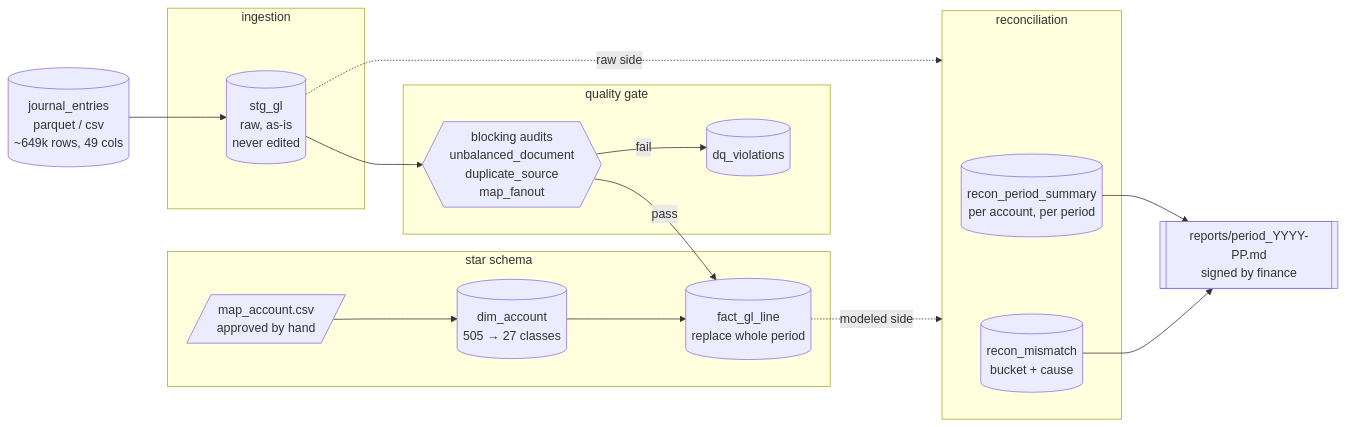
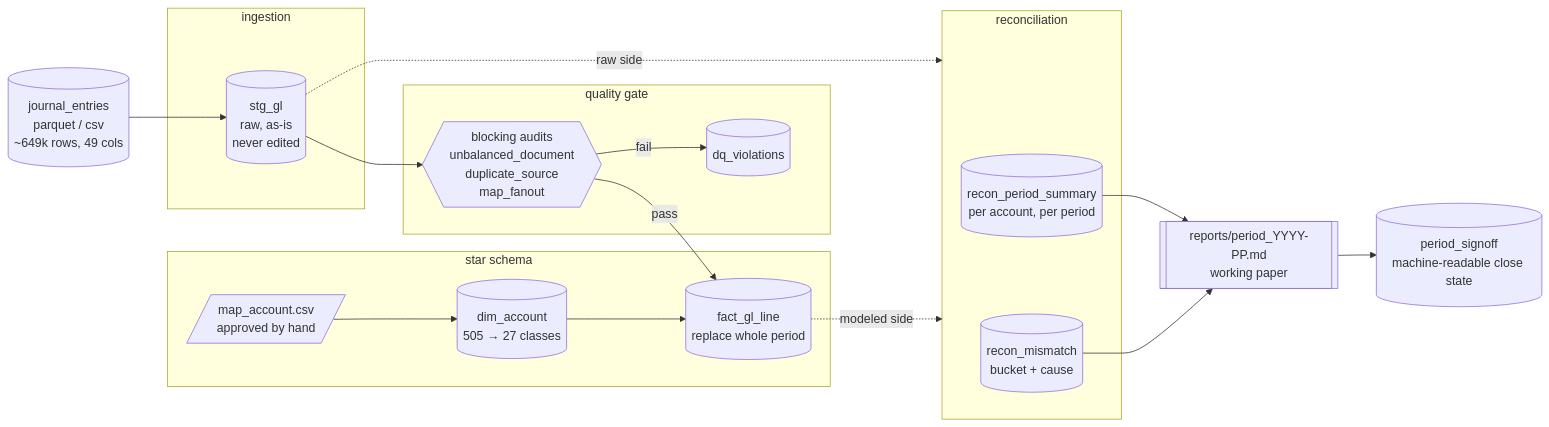
One commit to FRAMEEE17/finance-migration-batch changed the diagram in docs/architecture.md. Above: the diagram before and after it, drawn with Mermaid. The commit also changed other lines of this file and 6 other files, not shown here.

````diff
--- a/docs/architecture.md
+++ b/docs/architecture.md
@@ -7,37 +7,39 @@
 ```mermaid
 flowchart LR
     src[("journal_entries<br/>parquet / csv<br/>~649k rows, 49 cols")]
 
     subgraph ingest [ingestion]
         stg[("stg_gl<br/>raw, as-is<br/>never edited")]
     end
 
     subgraph gate [quality gate]
         audit{{"blocking audits<br/>unbalanced_document<br/>duplicate_source<br/>map_fanout"}}
         dq[("dq_violations")]
     end
 
     subgraph model [star schema]
         mapf[/"map_account.csv<br/>approved by hand"/]
         dim[("dim_account<br/>505 → 27 classes")]
         fact[("fact_gl_line<br/>replace whole period")]
     end
 
     subgraph recon [reconciliation]
         rps[("recon_period_summary<br/>per account, per period")]
         rmm[("recon_mismatch<br/>bucket + cause")]
     end
 
-    report[["reports/period_YYYY-PP.md<br/>signed by finance"]]
+    report[["reports/period_YYYY-PP.md<br/>working paper"]]
+    signoff[("period_signoff<br/>machine-readable close state")]
 
     src --> stg
     stg --> audit
     audit -- fail --> dq
     audit -- pass --> fact
     mapf --> dim
     dim --> fact
     stg -. raw side .-> recon
     fact -. modeled side .-> recon
     rps --> report
     rmm --> report
+    report --> signoff
 ```
````
